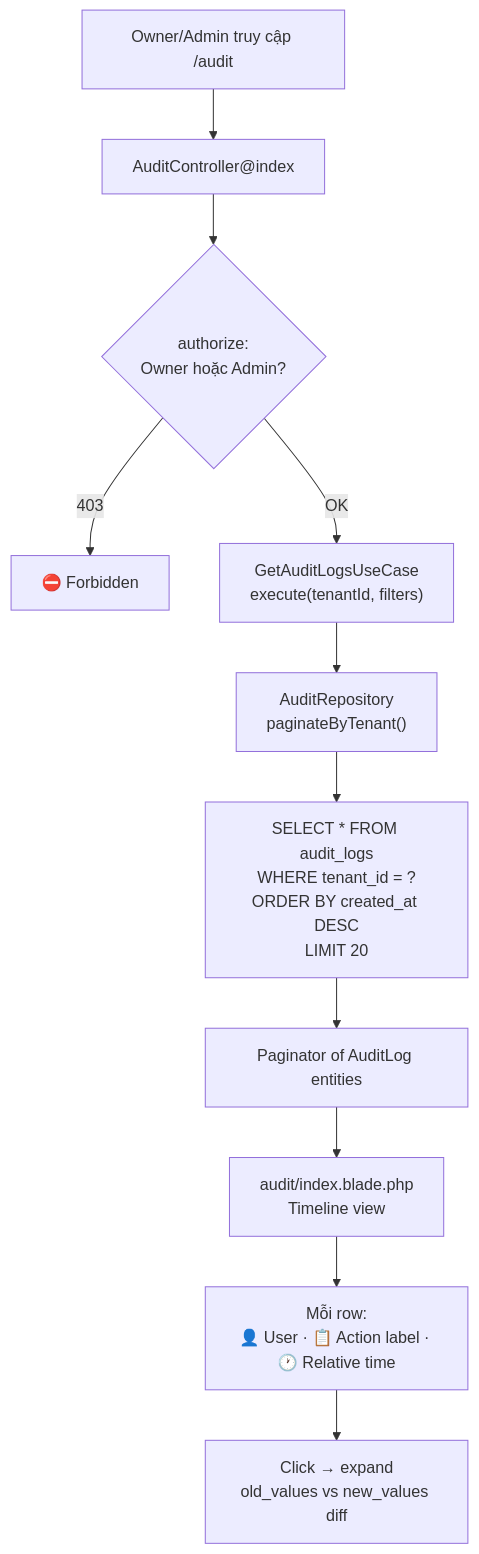
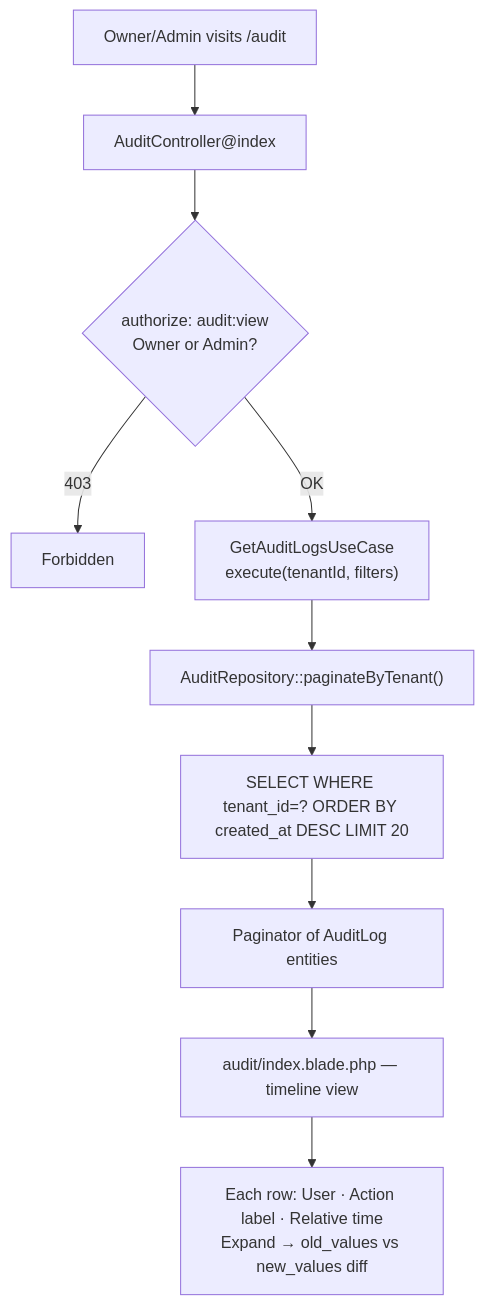
Before and after one commit to mypham773734/sass-dashboard-tenant-project: the sixth of 6 diagrams in docs/product/AUDIT_SYSTEM/02-ARCHITECTURE.md, drawn with Mermaid. The commit also changed other lines of this file and 38 other files, not shown here.

````diff
--- a/docs/product/AUDIT_SYSTEM/02-ARCHITECTURE.md
+++ b/docs/product/AUDIT_SYSTEM/02-ARCHITECTURE.md
@@ -250,13 +291,12 @@
 ```mermaid
 flowchart TD
-    A["Owner/Admin truy cập /audit"] --> B["AuditController@index"]
-    B --> C{"authorize:\nOwner hoặc Admin?"}
-    C -->|403| Z["⛔ Forbidden"]
+    A["Owner/Admin visits /audit"] --> B["AuditController@index"]
+    B --> C{"authorize: audit:view\nOwner or Admin?"}
+    C -->|403| Z["Forbidden"]
     C -->|OK| D["GetAuditLogsUseCase\nexecute(tenantId, filters)"]
-    D --> E["AuditRepository\npaginateByTenant()"]
-    E --> F["SELECT * FROM audit_logs\nWHERE tenant_id = ?\nORDER BY created_at DESC\nLIMIT 20"]
+    D --> E["AuditRepository::paginateByTenant()"]
+    E --> F["SELECT WHERE tenant_id=? ORDER BY created_at DESC LIMIT 20"]
     F --> G["Paginator of AuditLog entities"]
-    G --> H["audit/index.blade.php\nTimeline view"]
-    H --> I["Mỗi row:\n👤 User · 📋 Action label · 🕐 Relative time"]
-    I --> J["Click → expand\nold_values vs new_values diff"]
+    G --> H["audit/index.blade.php — timeline view"]
+    H --> I["Each row: User · Action label · Relative time\nExpand → old_values vs new_values diff"]
 ```
````
